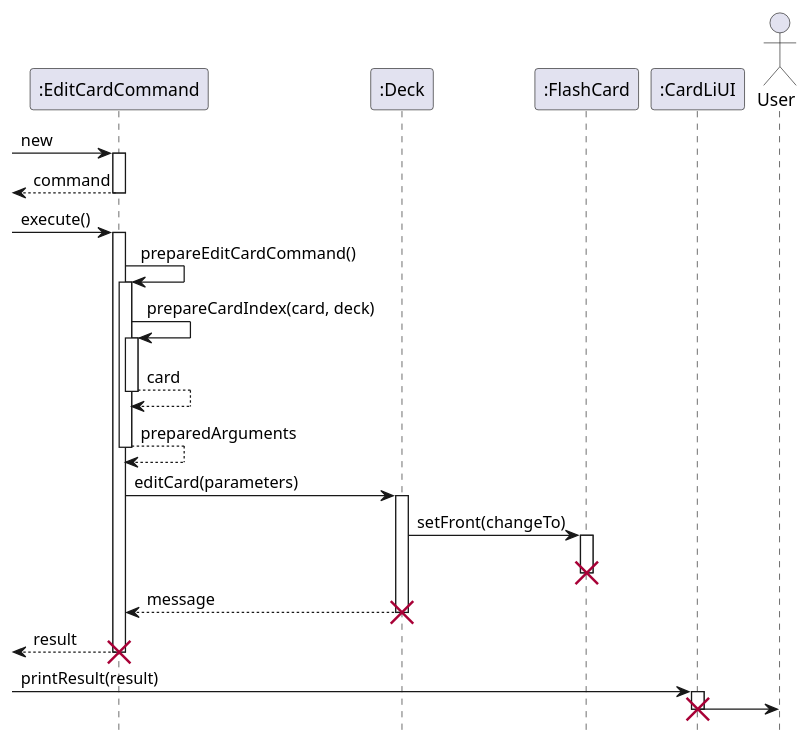
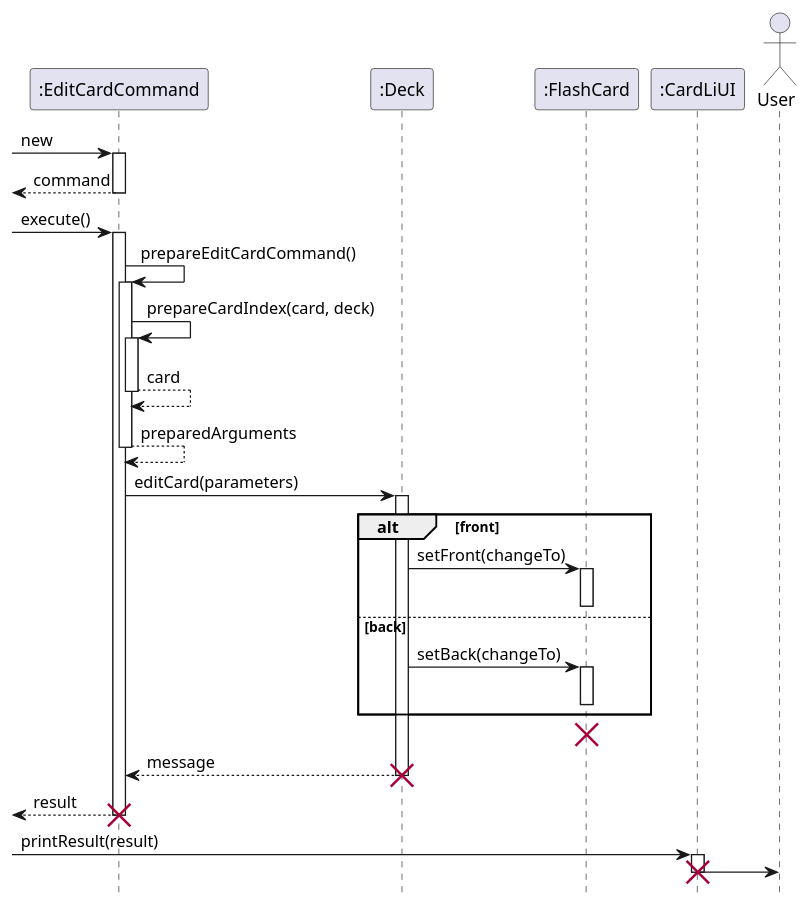
The diagram in docs/uml/EditCardCommandSeqDiagram.puml (xkisxk/tp), drawn with PlantUML before and after one commit. The commit also changed 4 other files, not shown here.

```diff
--- a/docs/uml/EditCardCommandSeqDiagram.puml
+++ b/docs/uml/EditCardCommandSeqDiagram.puml
@@ -1,56 +1,63 @@
 @startuml
 
 hide footbox
 
 participant ":EditCardCommand" as EditCardCommand
 participant ":Deck" as Deck
 participant ":FlashCard" as FlashCard
 participant ":CardLiUI" as CardLiUI
 actor "User" as User
 
 [-> EditCardCommand : new
 activate EditCardCommand
 [<-- EditCardCommand : command
 deactivate EditCardCommand
 
 [->EditCardCommand : execute()
 activate EditCardCommand
 
 EditCardCommand -> EditCardCommand : prepareEditCardCommand()
 activate EditCardCommand
 
 EditCardCommand -> EditCardCommand: prepareCardIndex(card, deck)
 activate EditCardCommand
 
 EditCardCommand --> EditCardCommand: card
 deactivate EditCardCommand
 
 EditCardCommand --> EditCardCommand: preparedArguments
 deactivate EditCardCommand
 
 EditCardCommand -> Deck: editCard(parameters)
 activate Deck
 
-Deck -> FlashCard: setFront(changeTo)
-activate FlashCard
-deactivate FlashCard
+
+alt front
+    Deck -> FlashCard: setFront(changeTo)
+    activate FlashCard
+    deactivate FlashCard
+else back
+    Deck -> FlashCard: setBack(changeTo)
+    activate FlashCard
+    deactivate FlashCard
+end
 
 destroy FlashCard
 
 Deck --> EditCardCommand: message
 deactivate Deck
 
 destroy Deck
 
 [<-- EditCardCommand: result
 deactivate EditCardCommand
 destroy EditCardCommand
 
 [-> CardLiUI: printResult(result)
 activate CardLiUI
 
 CardLiUI -> User
 
 deactivate CardLiUI
 destroy CardLiUI
 @enduml
```
